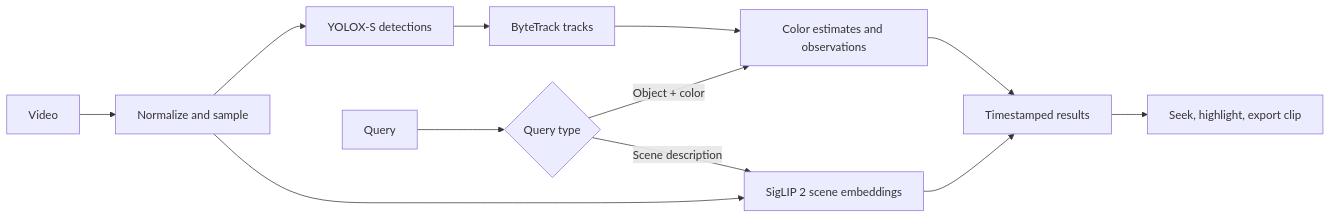
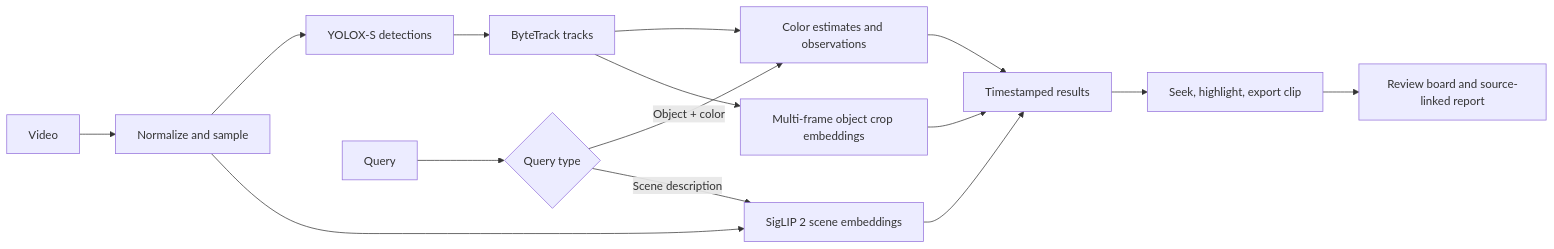
The diagram in README.md (onurozansunger/motionlab), drawn with Mermaid before and after one commit. The commit also changed other lines of this file and 15 other files, not shown here.

Commit message:
Add visual library search and persistent source-linked review board

````diff
--- a/README.md
+++ b/README.md
@@ -46,14 +50,17 @@
 ```mermaid
 flowchart LR
     V[Video] --> N[Normalize and sample]
     N --> D[YOLOX-S detections]
     D --> T[ByteTrack tracks]
     T --> C[Color estimates and observations]
+    T --> O[Multi-frame object crop embeddings]
     N --> E[SigLIP 2 scene embeddings]
     Q[Query] --> F{Query type}
     F -->|Object + color| C
     F -->|Scene description| E
     C --> R[Timestamped results]
     E --> R
+    O --> R
     R --> P[Seek, highlight, export clip]
+    P --> B[Review board and source-linked report]
 ```
````
